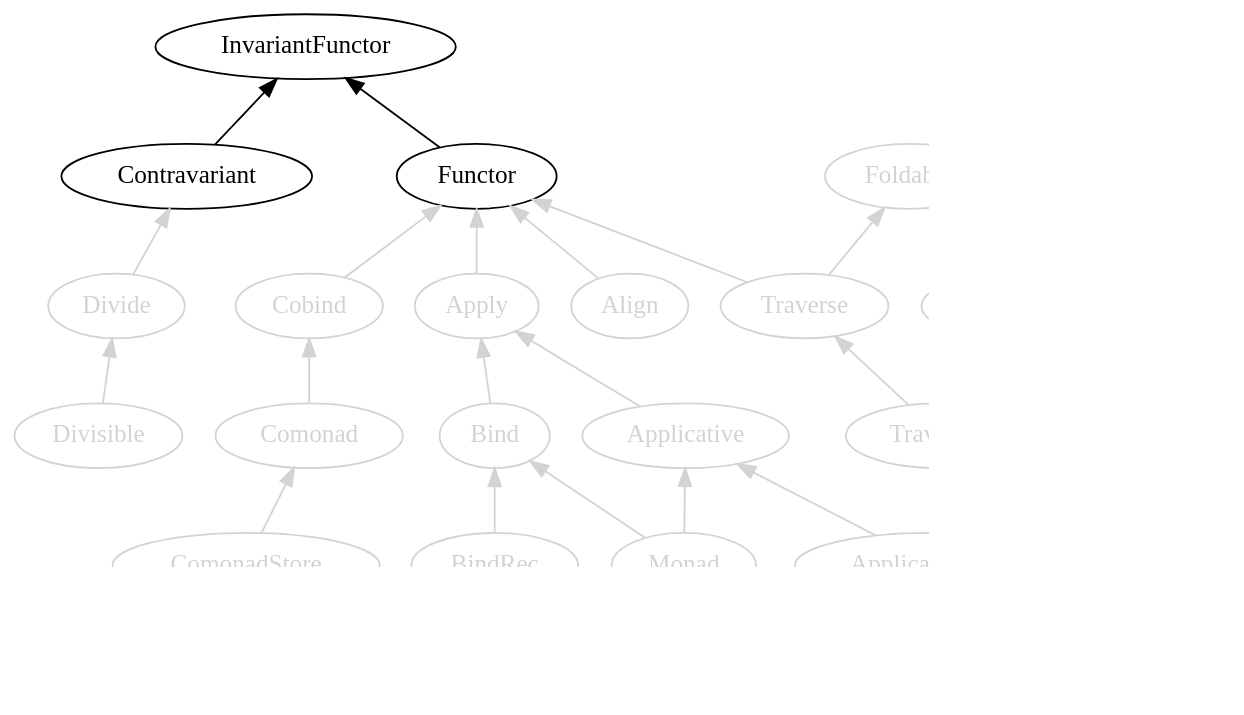
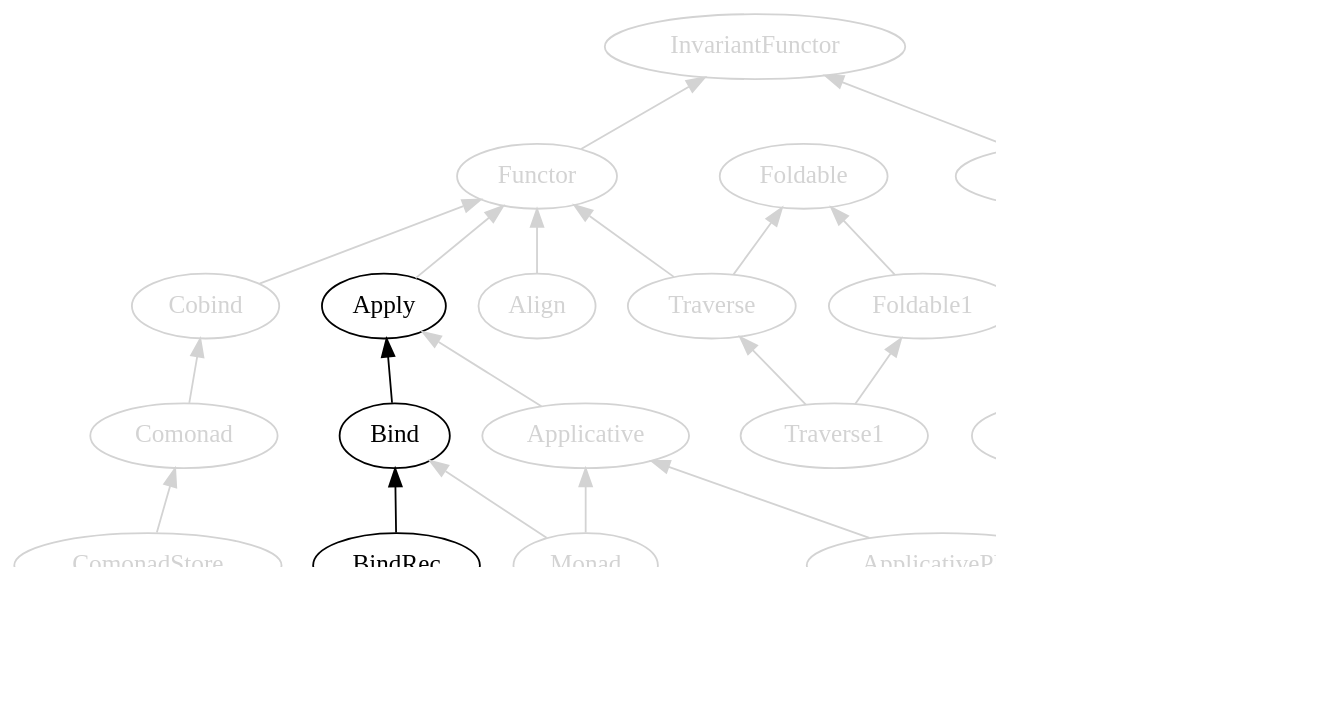
One commit to fommil/fpmortals changed the ninth of 10 diagrams in manuscript/book.org. Above: the diagram before and after it, drawn with Graphviz. The commit also changed other lines of this file and 5 other files, not shown here.

Commit message:
applicative and monad

```diff
--- a/manuscript/book.org
+++ b/manuscript/book.org
@@ -4060,50 +4303,50 @@
-#+BEGIN_SRC dot :file images/scalaz-variance.png :exports results
+#+BEGIN_SRC dot :file images/scalaz-apply.png :exports results
 digraph G {
     graph [dpi=100, rankdir=BT];
     node [fontname=Hack];
 
     subgraph mappable {
-      Contravariant -> InvariantFunctor
-      Functor -> InvariantFunctor
+      Bind -> Apply;
+      BindRec -> Bind;
     }
 
     subgraph {
       node [fontcolor=lightgrey,color=lightgrey];
       edge [color=lightgrey];
 
-      Divide -> Contravariant
-      Divisible -> Divide
-      Apply -> Functor
+      Contravariant -> InvariantFunctor;
+      Functor -> InvariantFunctor;
 
-      Foldable1 -> Foldable
-      Traverse -> Functor
-      Traverse -> Foldable
-      Traverse1 -> Traverse
-      Traverse1 -> Foldable1
+      Divide -> Contravariant;
+      Divisible -> Divide;
+      Apply -> Functor;
+      Applicative -> Apply;
 
-      Applicative -> Apply
-      Align -> Functor
-      Bind -> Apply
-      Monad 
+      Foldable1 -> Foldable;
+      Traverse -> Functor;
+      Traverse -> Foldable;
+      Traverse1 -> Traverse;
+      Traverse1 -> Foldable1;
 
-      "Advanced Monads" [style=dashed]
-      "Advanced Monads" -> Monad
+      Align -> Functor;
+      Monad;
 
-      Monad -> Applicative
-      Monad -> Bind
+      "Advanced Monads" [style=dashed];
+      "Advanced Monads" -> Monad;
 
-      Cobind -> Functor
-      Comonad -> Cobind
+      Monad -> Applicative;
+      Monad -> Bind;
 
-      PlusEmpty -> Plus
-      IsEmpty -> PlusEmpty
+      Cobind -> Functor;
+      Comonad -> Cobind;
 
-      ApplicativePlus -> Applicative
-      ApplicativePlus -> PlusEmpty
+      PlusEmpty -> Plus;
+      IsEmpty -> PlusEmpty;
 
-      ComonadStore -> Comonad
+      ApplicativePlus -> Applicative;
+      ApplicativePlus -> PlusEmpty;
 
-      BindRec -> Bind
+      ComonadStore -> Comonad;
     }
 }
 #+END_SRC
```
